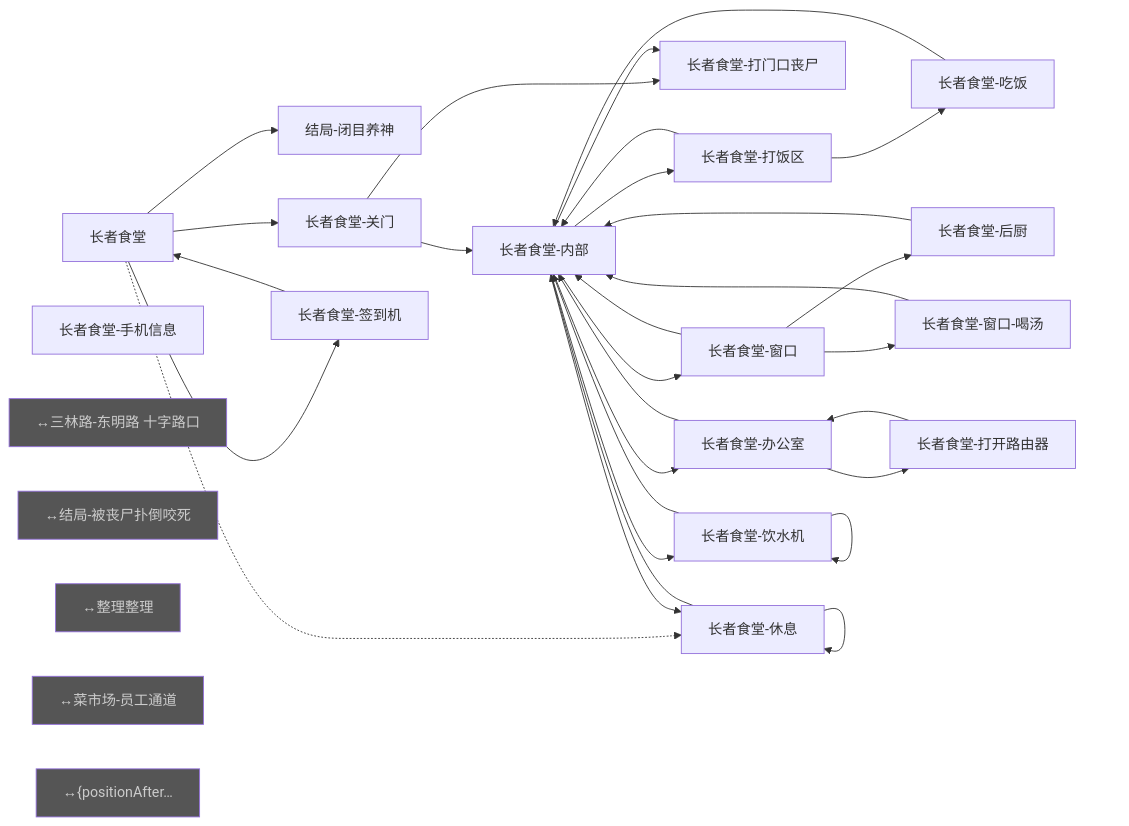
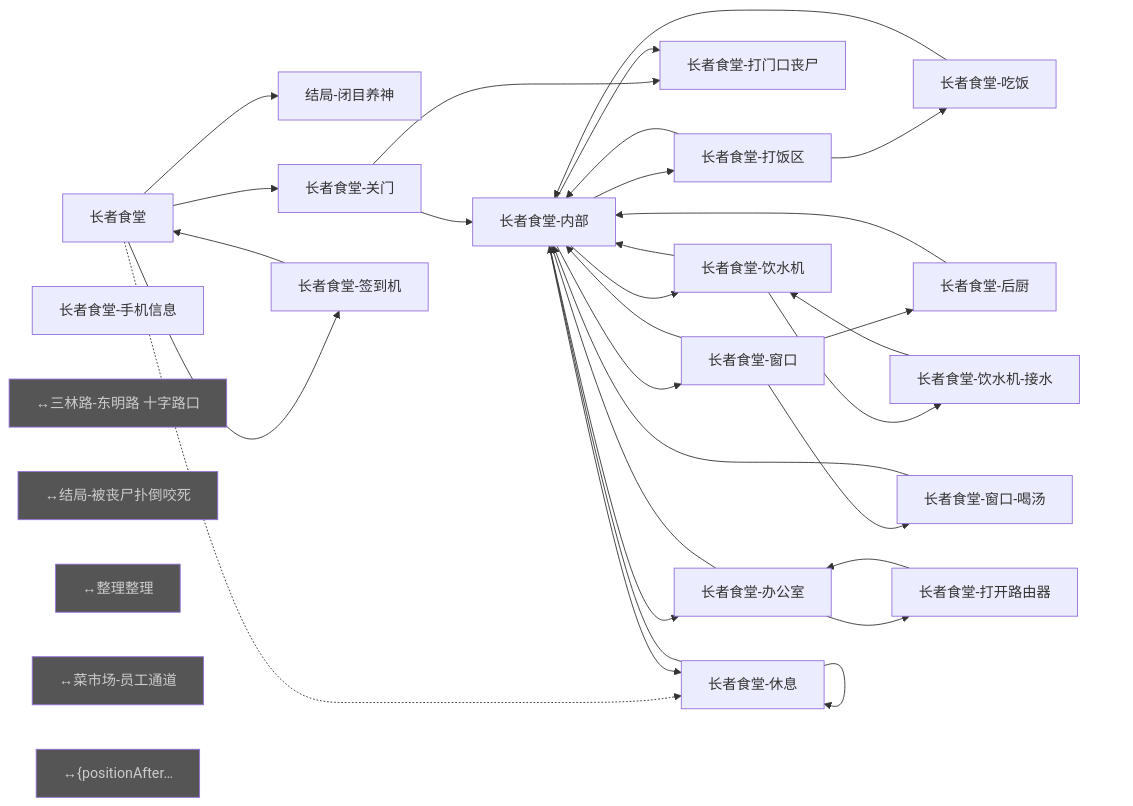
Before and after one commit to bobomymz/Plot-Game: the fifth of 23 diagrams in tools/graph-report/总览.md, drawn with Mermaid. The commit also changed other lines of this file and 32 other files, not shown here.

````diff
--- a/tools/graph-report/总览.md
+++ b/tools/graph-report/总览.md
@@ -858,53 +863,55 @@
 ```mermaid
 flowchart LR
   n0["长者食堂"]
   n1["结局-闭目养神"]
   n2["长者食堂-休息"]
   n3["长者食堂-关门"]
   n4["长者食堂-打门口丧尸"]
   n5["长者食堂-内部"]
   n6["长者食堂-打饭区"]
   n7["长者食堂-吃饭"]
   n8["长者食堂-后厨"]
   n9["长者食堂-饮水机"]
-  n10["长者食堂-窗口"]
-  n11["长者食堂-窗口-喝汤"]
-  n12["长者食堂-办公室"]
-  n13["长者食堂-打开路由器"]
-  n14["长者食堂-签到机"]
-  n15["长者食堂-手机信息"]
-  n16["↔三林路-东明路 十字路口"]:::ext
-  n17["↔结局-被丧尸扑倒咬死"]:::ext
-  n18["↔整理整理"]:::ext
-  n19["↔菜市场-员工通道"]:::ext
-  n20["↔{positionAfter…"]:::ext
+  n10["长者食堂-饮水机-接水"]
+  n11["长者食堂-窗口"]
+  n12["长者食堂-窗口-喝汤"]
+  n13["长者食堂-办公室"]
+  n14["长者食堂-打开路由器"]
+  n15["长者食堂-签到机"]
+  n16["长者食堂-手机信息"]
+  n17["↔三林路-东明路 十字路口"]:::ext
+  n18["↔结局-被丧尸扑倒咬死"]:::ext
+  n19["↔整理整理"]:::ext
+  n20["↔菜市场-员工通道"]:::ext
+  n21["↔{positionAfter…"]:::ext
   n0 --> n3
   n0 --> n1
   n0 -.-> n2
-  n0 --> n14
+  n0 --> n15
   n2 --> n2
   n2 --> n5
   n3 --> n4
   n3 --> n5
-  n5 --> n10
+  n5 --> n11
   n5 --> n6
   n5 --> n9
-  n5 --> n12
+  n5 --> n13
   n5 --> n4
   n5 --> n2
   n6 --> n7
   n6 --> n5
   n7 --> n5
   n8 --> n5
-  n9 --> n9
+  n9 --> n10
   n9 --> n5
-  n10 --> n11
-  n10 --> n5
-  n10 --> n8
+  n10 --> n9
+  n11 --> n12
   n11 --> n5
-  n12 --> n13
+  n11 --> n8
   n12 --> n5
-  n13 --> n12
-  n14 --> n0
+  n13 --> n14
+  n13 --> n5
+  n14 --> n13
+  n15 --> n0
   classDef ext fill:#555,color:#ccc;
 ```
````
